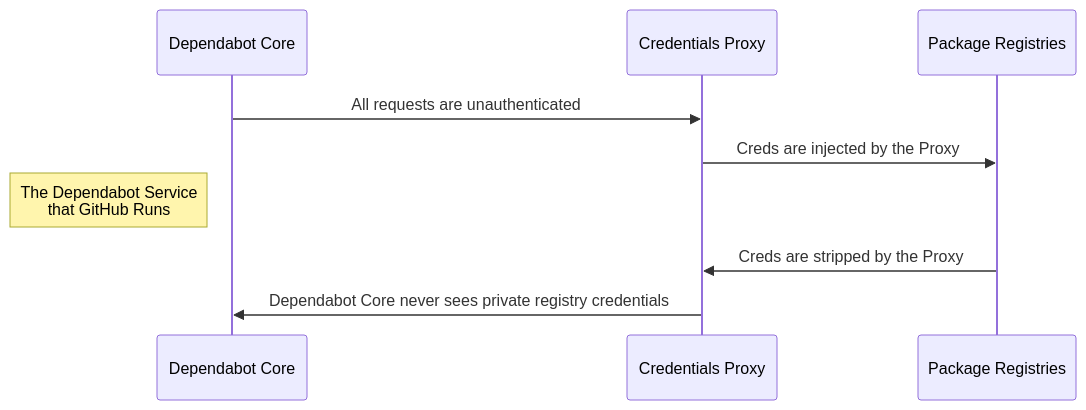
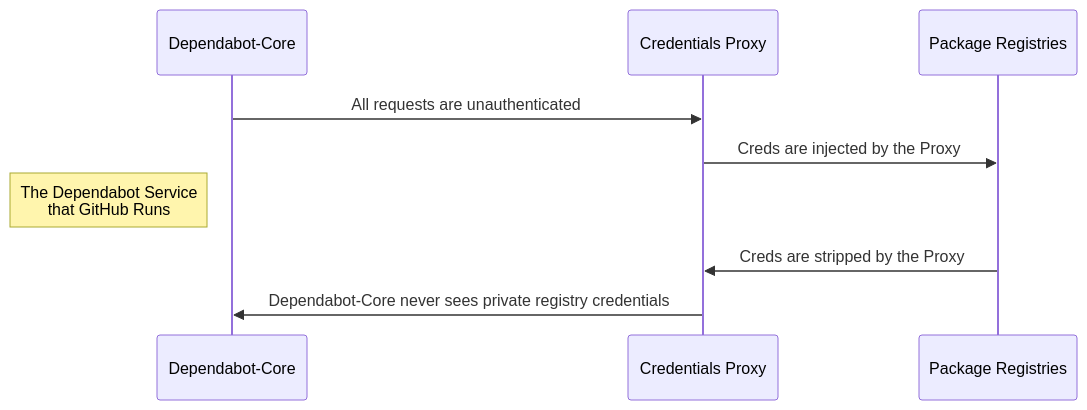
One commit to dependabot/dependabot-core changed the third of 3 diagrams in README.md. Above: the diagram before and after it, drawn with Mermaid. The commit also changed other lines of this file and 1 other file, not shown here.

````diff
--- a/README.md
+++ b/README.md
@@ -294,8 +434,8 @@
 ```mermaid
 sequenceDiagram
-    Dependabot Core->>Credentials Proxy: All requests are unauthenticated
+    Dependabot-Core->>Credentials Proxy: All requests are unauthenticated
     Credentials Proxy->>Package Registries: Creds are injected by the Proxy
-    Note left of Dependabot Core: The Dependabot Service<br /> that GitHub Runs
+    Note left of Dependabot-Core: The Dependabot Service<br /> that GitHub Runs
     Package Registries->>Credentials Proxy: Creds are stripped by the Proxy
-    Credentials Proxy->>Dependabot Core: Dependabot Core never sees private registry credentials
+    Credentials Proxy->>Dependabot-Core: Dependabot-Core never sees private registry credentials
 ```
````
